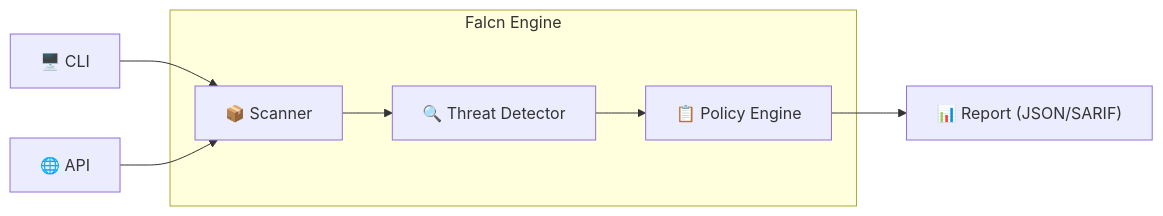
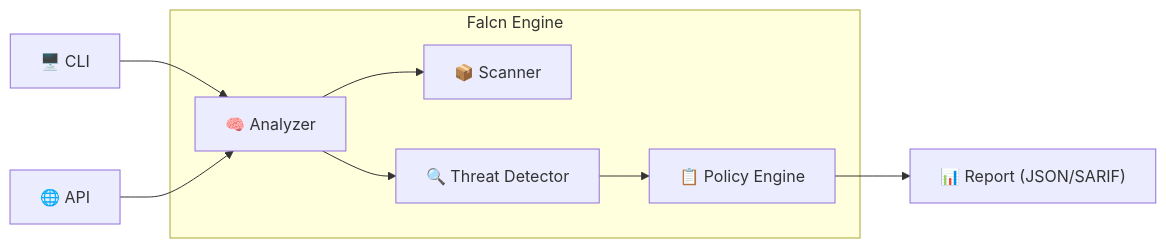
One commit to falcn-io/falcn changed the diagram in README.md. Above: the diagram before and after it, drawn with Mermaid. The commit also changed 213 other files, not shown here.

Commit message:
Refactor: Unify Scanner/Analyzer Architecture, Bump version to v1.1.0

````diff
--- a/README.md
+++ b/README.md
@@ -123,15 +123,17 @@
 ```mermaid
 flowchart LR
-    CLI["🖥️ CLI"] --> Scanner
-    API["🌐 API"] --> Scanner
+    CLI["🖥️ CLI"] --> Analyzer
+    API["🌐 API"] --> Analyzer
     
     subgraph Engine["Falcn Engine"]
+        Analyzer["🧠 Analyzer"]
         Scanner["📦 Scanner"]
         Detector["🔍 Threat Detector"]
         Policy["📋 Policy Engine"]
     end
     
-    Scanner --> Detector
+    Analyzer --> Scanner
+    Analyzer --> Detector
     Detector --> Policy
     Policy --> Output["📊 Report (JSON/SARIF)"]
 ```
````
